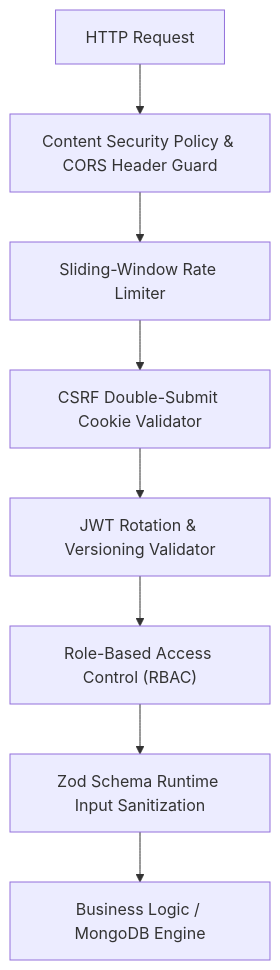
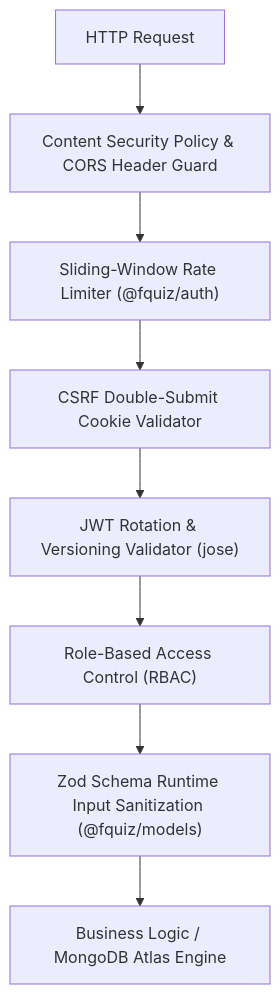
Before and after one commit to nvtruongops/fquiz: the diagram in docs/SECURITY.md, drawn with Mermaid. The commit also changed other lines of this file and 800 other files, not shown here.

Commit message:
feat(monorepo): pure symmetrical turborepo architecture migration & governance v2.0.0

````diff
--- a/docs/SECURITY.md
+++ b/docs/SECURITY.md
@@ -11,10 +13,10 @@
 ```mermaid
 graph TD
     UserReq["HTTP Request"] --> CSP["Content Security Policy & CORS Header Guard"]
-    CSP --> RateLimiter["Sliding-Window Rate Limiter"]
+    CSP --> RateLimiter["Sliding-Window Rate Limiter (@fquiz/auth)"]
     RateLimiter --> CSRFGuard["CSRF Double-Submit Cookie Validator"]
-    CSRFGuard --> JWTAuth["JWT Rotation & Versioning Validator"]
+    CSRFGuard --> JWTAuth["JWT Rotation & Versioning Validator (jose)"]
     JWTAuth --> RoleAuth["Role-Based Access Control (RBAC)"]
-    RoleAuth --> ZodValidate["Zod Schema Runtime Input Sanitization"]
-    ZodValidate --> BusinessService["Business Logic / MongoDB Engine"]
+    RoleAuth --> ZodValidate["Zod Schema Runtime Input Sanitization (@fquiz/models)"]
+    ZodValidate --> BusinessService["Business Logic / MongoDB Atlas Engine"]
 ```
````
